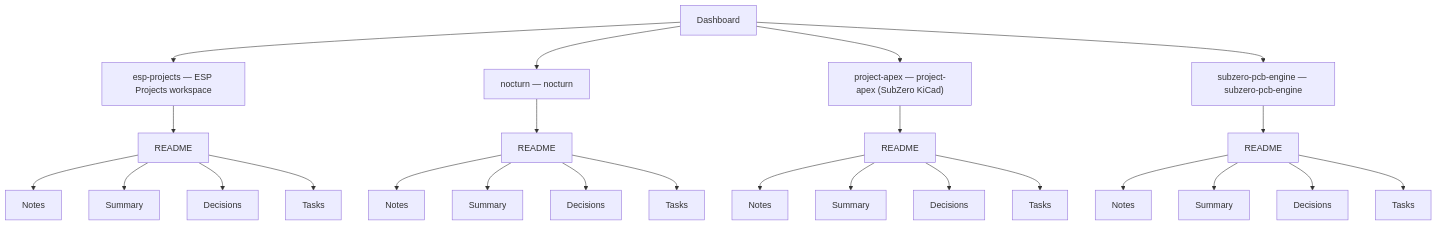
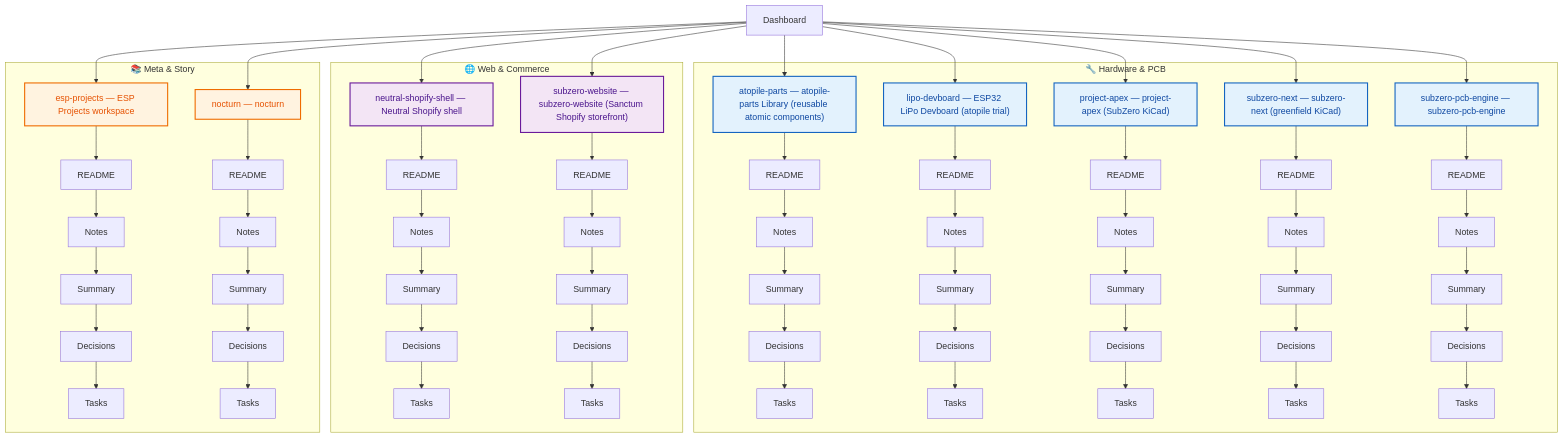
Before and after one commit to BusyJan/Knowledge-Cluster-Vault: the diagram in CLUSTER-TREE.md, drawn with Mermaid. The commit also changed other lines of this file and 9 other files, not shown here.

Commit message:
Vault: cluster tree colors, Topics/Clusters, graph groups, Leitfaden

````diff
--- a/CLUSTER-TREE.md
+++ b/CLUSTER-TREE.md
@@ -17,28 +21,80 @@
 ```mermaid
 flowchart TB
-  D[Dashboard]
-  D --> esp_projects_root["esp-projects — ESP Projects workspace"]
-  esp_projects_root --> esp_projects_readme[README]
-  esp_projects_readme --> esp_projects_notes[Notes]
-  esp_projects_readme --> esp_projects_summary[Summary]
-  esp_projects_readme --> esp_projects_decisions[Decisions]
-  esp_projects_readme --> esp_projects_tasks[Tasks]
-  D --> nocturn_root["nocturn — nocturn"]
-  nocturn_root --> nocturn_readme[README]
-  nocturn_readme --> nocturn_notes[Notes]
-  nocturn_readme --> nocturn_summary[Summary]
-  nocturn_readme --> nocturn_decisions[Decisions]
-  nocturn_readme --> nocturn_tasks[Tasks]
-  D --> project_apex_root["project-apex — project-apex (SubZero KiCad)"]
-  project_apex_root --> project_apex_readme[README]
-  project_apex_readme --> project_apex_notes[Notes]
-  project_apex_readme --> project_apex_summary[Summary]
-  project_apex_readme --> project_apex_decisions[Decisions]
-  project_apex_readme --> project_apex_tasks[Tasks]
-  D --> subzero_pcb_engine_root["subzero-pcb-engine — subzero-pcb-engine"]
-  subzero_pcb_engine_root --> subzero_pcb_engine_readme[README]
-  subzero_pcb_engine_readme --> subzero_pcb_engine_notes[Notes]
-  subzero_pcb_engine_readme --> subzero_pcb_engine_summary[Summary]
-  subzero_pcb_engine_readme --> subzero_pcb_engine_decisions[Decisions]
-  subzero_pcb_engine_readme --> subzero_pcb_engine_tasks[Tasks]
+  classDef hardware_style fill:#E3F2FD,stroke:#1565C0,stroke-width:2px,color:#0D47A1
+  classDef software_style fill:#F3E5F5,stroke:#6A1B9A,stroke-width:2px,color:#4A148C
+  classDef meta_style fill:#FFF3E0,stroke:#EF6C00,stroke-width:2px,color:#E65100
+  classDef uncategorized_style fill:#ECEFF1,stroke:#78909C,stroke-width:2px,color:#37474F
+  D["Dashboard"]
+  subgraph hardware_cluster ["🔧 Hardware & PCB"]
+    atopile_parts_root["atopile-parts — atopile-parts Library (reusable atomic components)"]
+    atopile_parts_root --> atopile_parts_readme[README]
+    atopile_parts_readme --> atopile_parts_notes[Notes]
+    atopile_parts_notes --> atopile_parts_summary[Summary]
+    atopile_parts_summary --> atopile_parts_decisions[Decisions]
+    atopile_parts_decisions --> atopile_parts_tasks[Tasks]
+    lipo_devboard_root["lipo-devboard — ESP32 LiPo Devboard (atopile trial)"]
+    lipo_devboard_root --> lipo_devboard_readme[README]
+    lipo_devboard_readme --> lipo_devboard_notes[Notes]
+    lipo_devboard_notes --> lipo_devboard_summary[Summary]
+    lipo_devboard_summary --> lipo_devboard_decisions[Decisions]
+    lipo_devboard_decisions --> lipo_devboard_tasks[Tasks]
+    project_apex_root["project-apex — project-apex (SubZero KiCad)"]
+    project_apex_root --> project_apex_readme[README]
+    project_apex_readme --> project_apex_notes[Notes]
+    project_apex_notes --> project_apex_summary[Summary]
+    project_apex_summary --> project_apex_decisions[Decisions]
+    project_apex_decisions --> project_apex_tasks[Tasks]
+    subzero_next_root["subzero-next — subzero-next (greenfield KiCad)"]
+    subzero_next_root --> subzero_next_readme[README]
+    subzero_next_readme --> subzero_next_notes[Notes]
+    subzero_next_notes --> subzero_next_summary[Summary]
+    subzero_next_summary --> subzero_next_decisions[Decisions]
+    subzero_next_decisions --> subzero_next_tasks[Tasks]
+    subzero_pcb_engine_root["subzero-pcb-engine — subzero-pcb-engine"]
+    subzero_pcb_engine_root --> subzero_pcb_engine_readme[README]
+    subzero_pcb_engine_readme --> subzero_pcb_engine_notes[Notes]
+    subzero_pcb_engine_notes --> subzero_pcb_engine_summary[Summary]
+    subzero_pcb_engine_summary --> subzero_pcb_engine_decisions[Decisions]
+    subzero_pcb_engine_decisions --> subzero_pcb_engine_tasks[Tasks]
+  end
+  subgraph software_cluster ["🌐 Web & Commerce"]
+    neutral_shopify_shell_root["neutral-shopify-shell — Neutral Shopify shell"]
+    neutral_shopify_shell_root --> neutral_shopify_shell_readme[README]
+    neutral_shopify_shell_readme --> neutral_shopify_shell_notes[Notes]
+    neutral_shopify_shell_notes --> neutral_shopify_shell_summary[Summary]
+    neutral_shopify_shell_summary --> neutral_shopify_shell_decisions[Decisions]
+    neutral_shopify_shell_decisions --> neutral_shopify_shell_tasks[Tasks]
+    subzero_website_root["subzero-website — subzero-website (Sanctum Shopify storefront)"]
+    subzero_website_root --> subzero_website_readme[README]
+    subzero_website_readme --> subzero_website_notes[Notes]
+    subzero_website_notes --> subzero_website_summary[Summary]
+    subzero_website_summary --> subzero_website_decisions[Decisions]
+    subzero_website_decisions --> subzero_website_tasks[Tasks]
+  end
+  subgraph meta_cluster ["📚 Meta & Story"]
+    esp_projects_root["esp-projects — ESP Projects workspace"]
+    esp_projects_root --> esp_projects_readme[README]
+    esp_projects_readme --> esp_projects_notes[Notes]
+    esp_projects_notes --> esp_projects_summary[Summary]
+    esp_projects_summary --> esp_projects_decisions[Decisions]
+    esp_projects_decisions --> esp_projects_tasks[Tasks]
+    nocturn_root["nocturn — nocturn"]
+    nocturn_root --> nocturn_readme[README]
+    nocturn_readme --> nocturn_notes[Notes]
+    nocturn_notes --> nocturn_summary[Summary]
+    nocturn_summary --> nocturn_decisions[Decisions]
+    nocturn_decisions --> nocturn_tasks[Tasks]
+  end
+  D --> atopile_parts_root
+  D --> lipo_devboard_root
+  D --> project_apex_root
+  D --> subzero_next_root
+  D --> subzero_pcb_engine_root
+  D --> neutral_shopify_shell_root
+  D --> subzero_website_root
+  D --> esp_projects_root
+  D --> nocturn_root
+  class atopile_parts_root,lipo_devboard_root,project_apex_root,subzero_next_root,subzero_pcb_engine_root hardware_style
+  class neutral_shopify_shell_root,subzero_website_root software_style
+  class esp_projects_root,nocturn_root meta_style
 ```
````
